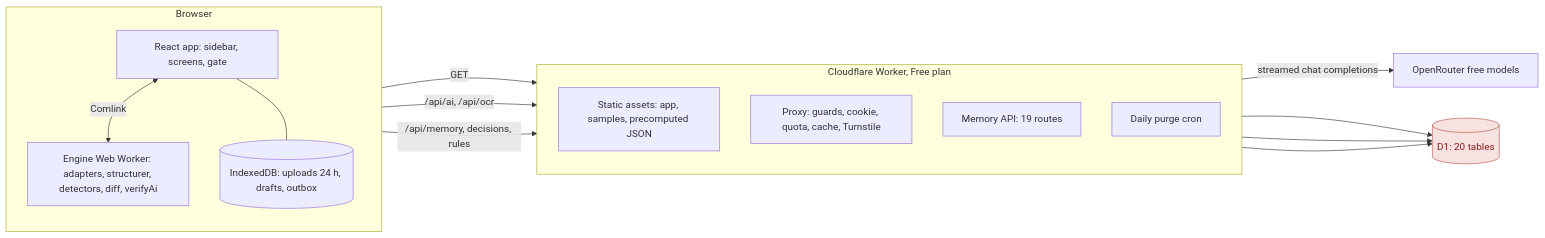
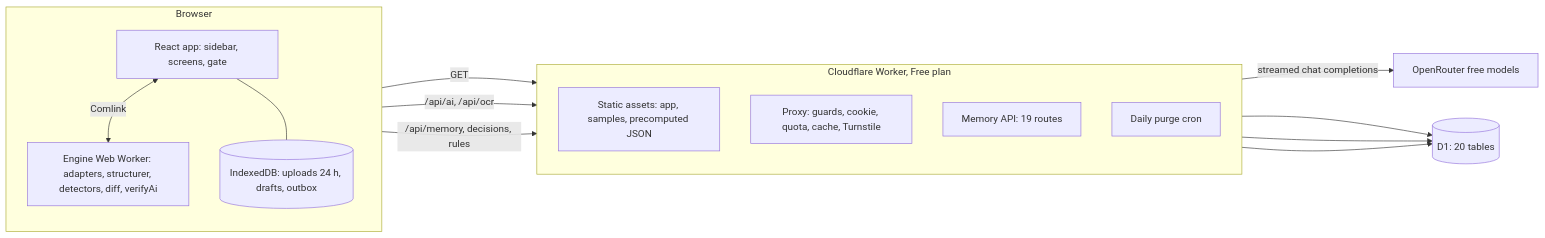
Before and after one commit to itsjiathao0912/preflight-legal-reviewer-anduin-transaction: the diagram in docs/architecture/README.md, drawn with Mermaid. The commit also changed other lines of this file and 6 other files, not shown here.

First line of the commit message:
docs: polish README for GitHub and mark architecture docs live

````diff
--- a/docs/architecture/README.md
+++ b/docs/architecture/README.md
@@ -23,29 +23,27 @@
 ```mermaid
 flowchart LR
   subgraph BR["Browser"]
     direction TB
     UI["React app: sidebar, screens, gate"]
     WW["Engine Web Worker: adapters, structurer, detectors, diff, verifyAi"]
     IDB[("IndexedDB: uploads 24 h, drafts, outbox")]
     UI <-- "Comlink" --> WW
     UI --- IDB
   end
   subgraph CF["Cloudflare Worker, Free plan"]
     direction TB
     AS["Static assets: app, samples, precomputed JSON"]
     PX["Proxy: guards, cookie, quota, cache, Turnstile"]
     MA["Memory API: 19 routes"]
     CR["Daily purge cron"]
   end
   D1[("D1: 20 tables")]
   OR["OpenRouter free models"]
   UI -- "GET" --> AS
   UI -- "/api/ai, /api/ocr" --> PX
   UI -- "/api/memory, decisions, rules" --> MA
   PX -- "streamed chat completions" --> OR
   PX --> D1
   MA --> D1
   CR --> D1
-  classDef r fill:#F7E2DF,stroke:#B5554A,color:#8A1C1C
-  class D1 r
 ```
````
